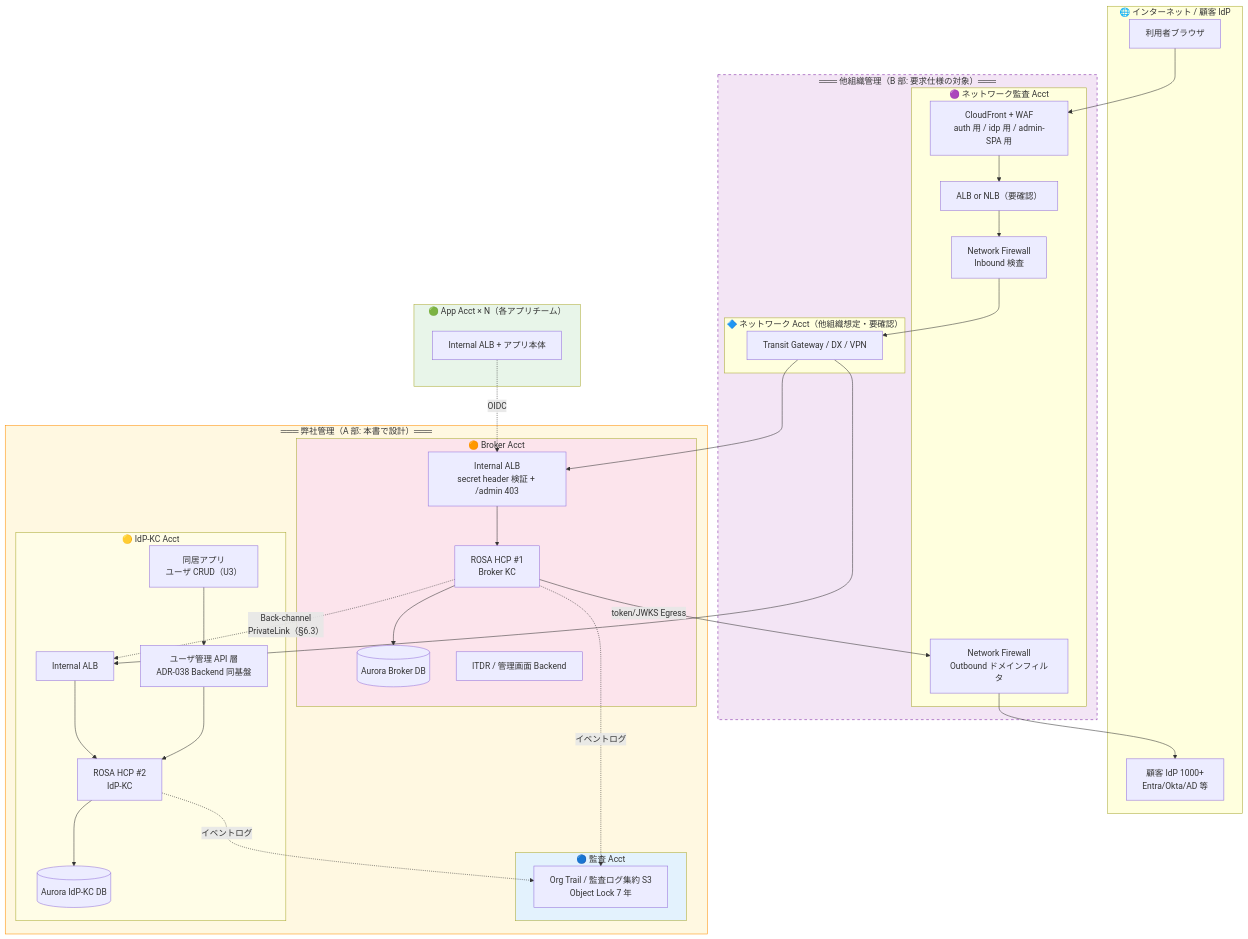
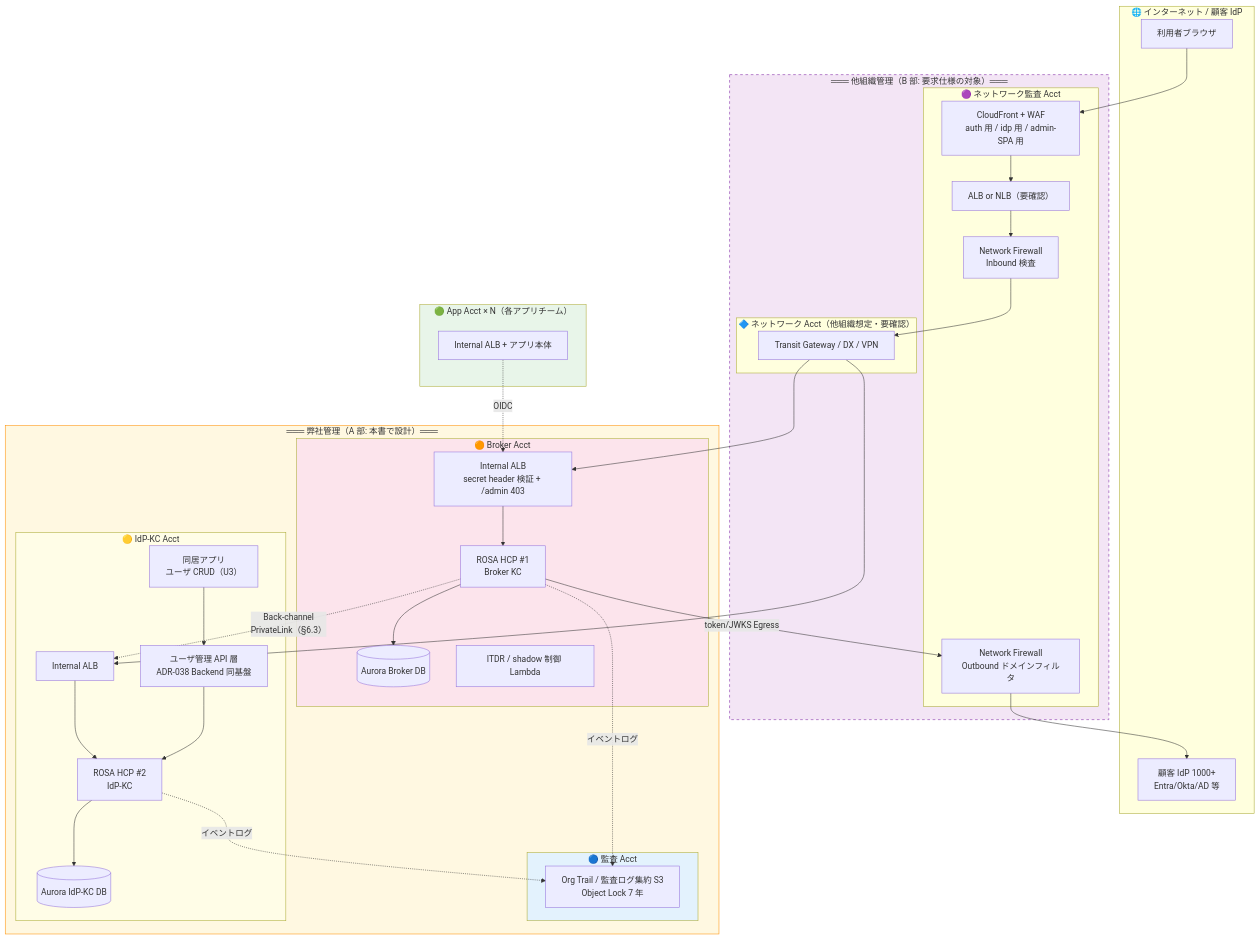
One commit to suepie/aws-atuh-poc changed the diagram in doc/basic-design/06-infra-network-design.md. Above: the diagram before and after it, drawn with Mermaid. The commit also changed other lines of this file and 9 other files, not shown here.

First line of the commit message:
用語統一: idm-api #1/#2 番号を撤去し「idm-api（ブランド管理 API）+ shadow 制御 Lambda」に一本化

````diff
--- a/doc/basic-design/06-infra-network-design.md
+++ b/doc/basic-design/06-infra-network-design.md
@@ -43,61 +43,61 @@
 ```mermaid
 flowchart TB
     subgraph EXT["🌐 インターネット / 顧客 IdP"]
         User[利用者ブラウザ]
         CIdP[顧客 IdP 1000+<br/>Entra/Okta/AD 等]
     end
 
     subgraph OTHER["═══ 他組織管理（B 部: 要求仕様の対象）═══"]
         subgraph NA["🟣 ネットワーク監査 Acct"]
             CF[CloudFront + WAF<br/>auth 用 / idp 用 / admin-SPA 用]
             EDGE[ALB or NLB（要確認）]
             NFWI[Network Firewall<br/>Inbound 検査]
             NFWO[Network Firewall<br/>Outbound ドメインフィルタ]
         end
         subgraph NW["🔷 ネットワーク Acct（他組織想定・要確認）"]
             TGW[Transit Gateway / DX / VPN]
         end
     end
 
     subgraph OURS["═══ 弊社管理（A 部: 本書で設計）═══"]
         subgraph AUD["🔵 監査 Acct"]
             OT[Org Trail / 監査ログ集約 S3<br/>Object Lock 7 年]
         end
         subgraph BRK["🟠 Broker Acct"]
             BALB[Internal ALB<br/>secret header 検証 + /admin 403]
             BKC[ROSA HCP #1<br/>Broker KC]
             BAUR[(Aurora Broker DB)]
-            ITDR[ITDR / 管理画面 Backend]
+            ITDR[ITDR / shadow 制御 Lambda]
         end
         subgraph IKC["🟡 IdP-KC Acct"]
             IALB[Internal ALB]
             IKCC[ROSA HCP #2<br/>IdP-KC]
             IAUR[(Aurora IdP-KC DB)]
             APPCRUD[同居アプリ<br/>ユーザ CRUD（U3）]
             IAPI[ユーザ管理 API 層<br/>ADR-038 Backend 同基盤]
         end
     end
 
     subgraph APPS["🟢 App Acct × N（各アプリチーム）"]
         AALB[Internal ALB + アプリ本体]
     end
 
     User --> CF --> EDGE --> NFWI --> TGW
     TGW --> BALB --> BKC
     TGW --> IALB --> IKCC
     BKC -.->|Back-channel<br/>PrivateLink（§6.3）| IALB
     BKC -->|token/JWKS Egress| NFWO --> CIdP
     BKC --> BAUR
     IKCC --> IAUR
     APPCRUD --> IAPI --> IKCC
     BKC -.->|イベントログ| OT
     IKCC -.->|イベントログ| OT
     AALB -.->|OIDC| BALB
 
     style OTHER fill:#f3e5f5,stroke:#7b1fa2,stroke-dasharray: 5 5
     style OURS fill:#fff8e1,stroke:#ff8f00
     style BRK fill:#fce4ec
     style IKC fill:#fffde7
     style AUD fill:#e3f2fd
     style APPS fill:#e8f5e9
 ```
````
